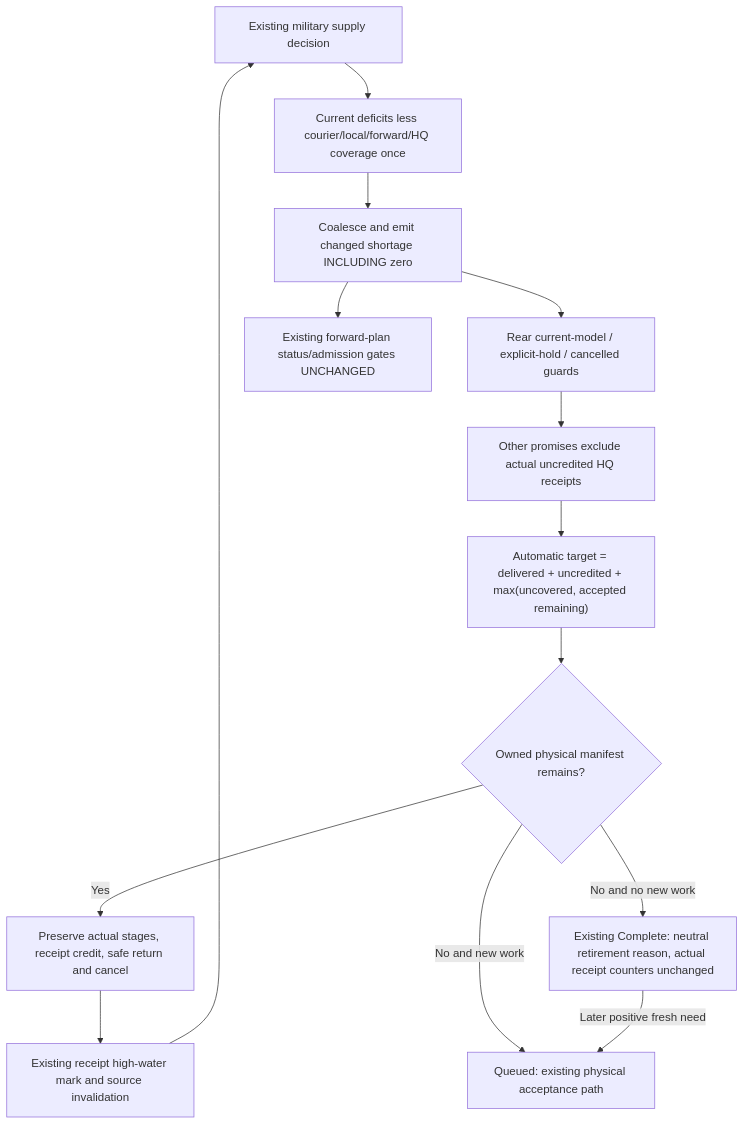
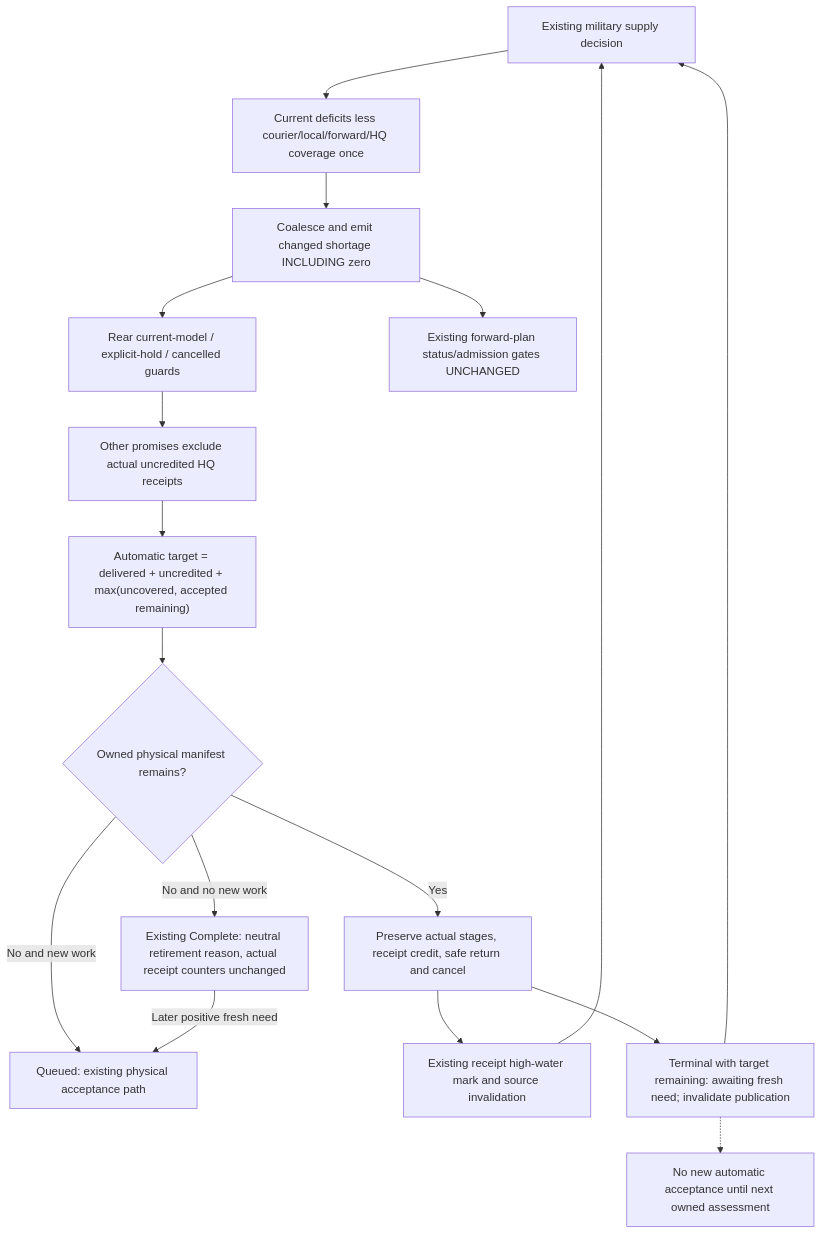
One commit to TheInfinityIQ/Trencho_V4 changed the diagram in docs/diagrams/current_army_demand_reconciliation.mmd. Above: the diagram before and after it, drawn with Mermaid. The commit also changed 1 other file, not shown here.

Commit message:
Define fresh-need barrier when accepted floor releases

```diff
--- a/docs/diagrams/current_army_demand_reconciliation.mmd
+++ b/docs/diagrams/current_army_demand_reconciliation.mmd
@@ -1,14 +1,17 @@
 flowchart TD
     Tick["Existing military supply decision"] --> Coverage["Current deficits less courier/local/forward/HQ coverage once"]
     Coverage --> Publish["Coalesce and emit changed shortage INCLUDING zero"]
     Publish --> Guard["Rear current-model / explicit-hold / cancelled guards"]
     Guard --> Math["Other promises exclude actual uncredited HQ receipts"]
     Math --> Target["Automatic target = delivered + uncredited + max(uncovered, accepted remaining)"]
     Target --> Active{"Owned physical manifest remains?"}
     Active -->|Yes| Physical["Preserve actual stages, receipt credit, safe return and cancel"]
     Active -->|No and no new work| Retired["Existing Complete: neutral retirement reason, actual receipt counters unchanged"]
     Active -->|No and new work| Queue["Queued: existing physical acceptance path"]
     Retired -->|Later positive fresh need| Queue
     Publish --> Forward["Existing forward-plan status/admission gates UNCHANGED"]
     Physical --> Receipt["Existing receipt high-water mark and source invalidation"]
     Receipt --> Tick
+    Physical --> Terminal["Terminal with target remaining: awaiting fresh need; invalidate publication"]
+    Terminal --> Tick
+    Terminal -.-> Gate["No new automatic acceptance until next owned assessment"]
```
